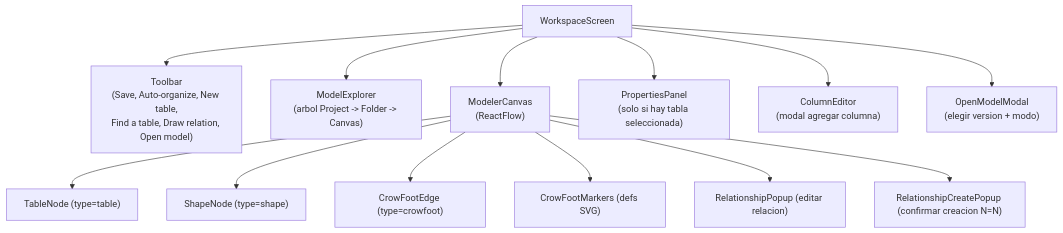
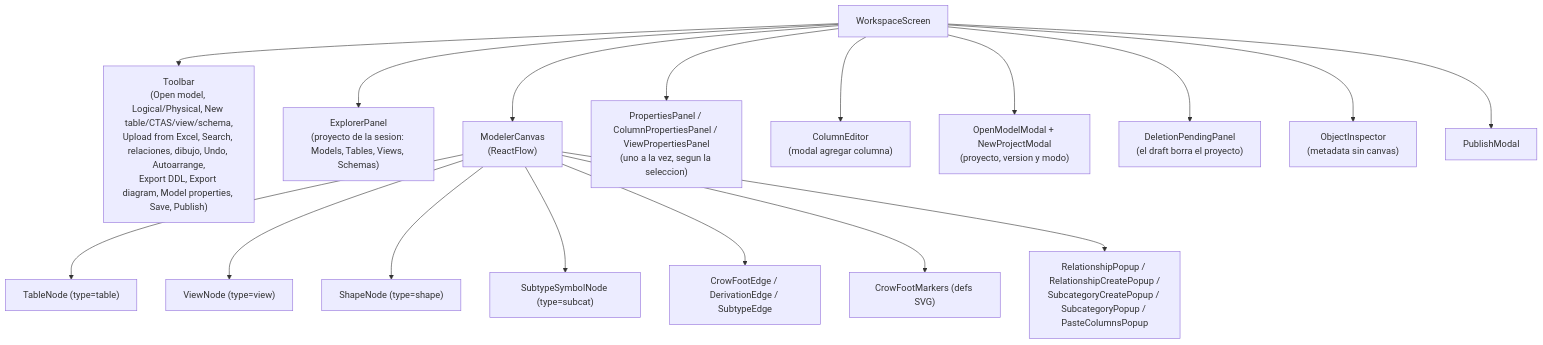
Before and after one commit to Carlosmps97/web-data-model-hub: the third of 5 diagrams in doc/architecture.md, drawn with Mermaid. The commit also changed other lines of this file and 209 other files, not shown here.

````diff
--- a/doc/architecture.md
+++ b/doc/architecture.md
@@ -389,16 +404,20 @@
 ```mermaid
 flowchart TD
-  WS["WorkspaceScreen"] --> TB["Toolbar<br/>(Save, Auto-organize, New table,<br/>Find a table, Draw relation, Open model)"]
-  WS --> ME["ModelExplorer<br/>(arbol Project -> Folder -> Canvas)"]
+  WS["WorkspaceScreen"] --> TB["Toolbar<br/>(Open model, Logical/Physical, New table/CTAS/view/schema,<br/>Upload from Excel, Search, relaciones, dibujo, Undo, Autoarrange,<br/>Export DDL, Export diagram, Model properties, Save, Publish)"]
+  WS --> EP["ExplorerPanel<br/>(proyecto de la sesion: Models, Tables, Views, Schemas)"]
   WS --> MC["ModelerCanvas<br/>(ReactFlow)"]
-  WS --> PP["PropertiesPanel<br/>(solo si hay tabla seleccionada)"]
+  WS --> PP["PropertiesPanel / ColumnPropertiesPanel / ViewPropertiesPanel<br/>(uno a la vez, segun la seleccion)"]
   WS --> CE["ColumnEditor<br/>(modal agregar columna)"]
-  WS --> OM["OpenModelModal<br/>(elegir version + modo)"]
+  WS --> OM["OpenModelModal + NewProjectModal<br/>(proyecto, version y modo)"]
+  WS --> DP["DeletionPendingPanel<br/>(el draft borra el proyecto)"]
+  WS --> OI["ObjectInspector<br/>(metadata sin canvas)"]
+  WS --> PM["PublishModal"]
 
   MC --> TN["TableNode (type=table)"]
+  MC --> VN["ViewNode (type=view)"]
   MC --> SN["ShapeNode (type=shape)"]
-  MC --> CF["CrowFootEdge (type=crowfoot)"]
+  MC --> SY["SubtypeSymbolNode (type=subcat)"]
+  MC --> CF["CrowFootEdge / DerivationEdge / SubtypeEdge"]
   MC --> CM["CrowFootMarkers (defs SVG)"]
-  MC --> RPop["RelationshipPopup (editar relacion)"]
-  MC --> RCre["RelationshipCreatePopup (confirmar creacion N=N)"]
+  MC --> Pops["RelationshipPopup / RelationshipCreatePopup /<br/>SubcategoryCreatePopup / SubcategoryPopup / PasteColumnsPopup"]
 ```
````
